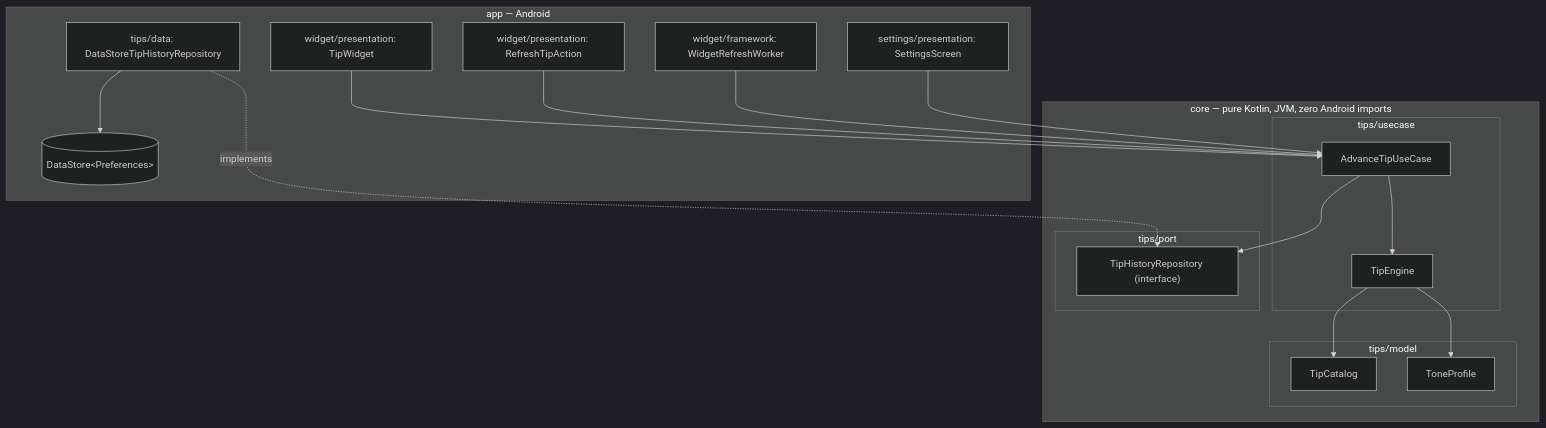
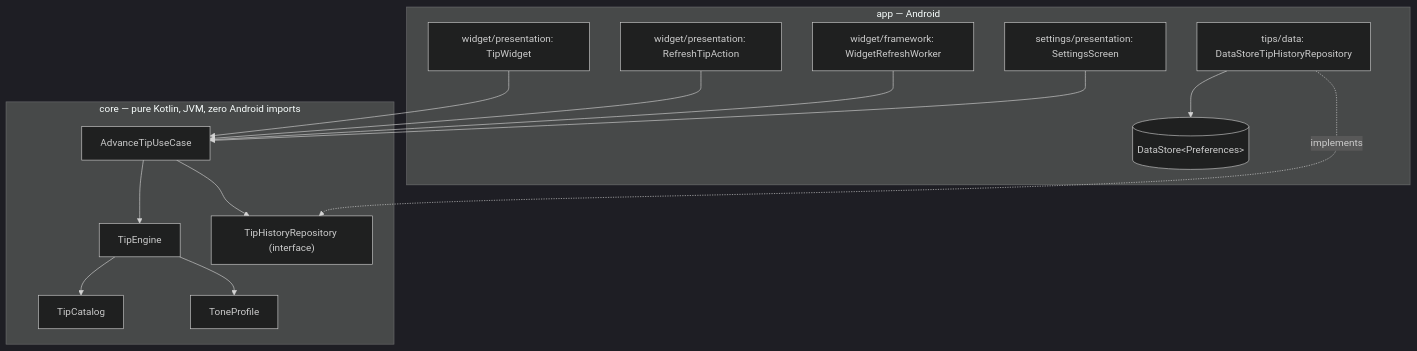
One commit to alexanderkova033/SapGlance changed the diagram in README.md. Above: the diagram before and after it, drawn with Mermaid (dark theme). The commit also changed other lines of this file and 32 other files, not shown here.

````diff
--- a/README.md
+++ b/README.md
@@ -115,36 +120,25 @@
 ```mermaid
 graph TD
     subgraph core["core — pure Kotlin, JVM, zero Android imports"]
-        subgraph coreUseCase["tips/usecase"]
-            TipEngine
-            AdvanceTipUseCase
-        end
-        subgraph coreModel["tips/model"]
-            TipCatalog
-            ToneProfile
-        end
-        subgraph corePort["tips/port"]
-            TipHistoryRepository["TipHistoryRepository (interface)"]
-        end
         TipEngine --> TipCatalog
         TipEngine --> ToneProfile
         AdvanceTipUseCase --> TipEngine
-        AdvanceTipUseCase --> TipHistoryRepository
+        AdvanceTipUseCase --> TipHistoryRepository["TipHistoryRepository (interface)"]
     end
 
     subgraph app["app — Android"]
         TipWidget["widget/presentation: TipWidget"]
         RefreshTipAction["widget/presentation: RefreshTipAction"]
         WidgetRefreshWorker["widget/framework: WidgetRefreshWorker"]
         SettingsScreen["settings/presentation: SettingsScreen"]
         DataStoreTipHistoryRepository["tips/data: DataStoreTipHistoryRepository"]
         DataStore[("DataStore&lt;Preferences&gt;")]
     end
 
     TipWidget --> AdvanceTipUseCase
     RefreshTipAction --> AdvanceTipUseCase
     WidgetRefreshWorker --> AdvanceTipUseCase
     SettingsScreen --> AdvanceTipUseCase
     DataStoreTipHistoryRepository -.implements.-> TipHistoryRepository
     DataStoreTipHistoryRepository --> DataStore
 ```
````
